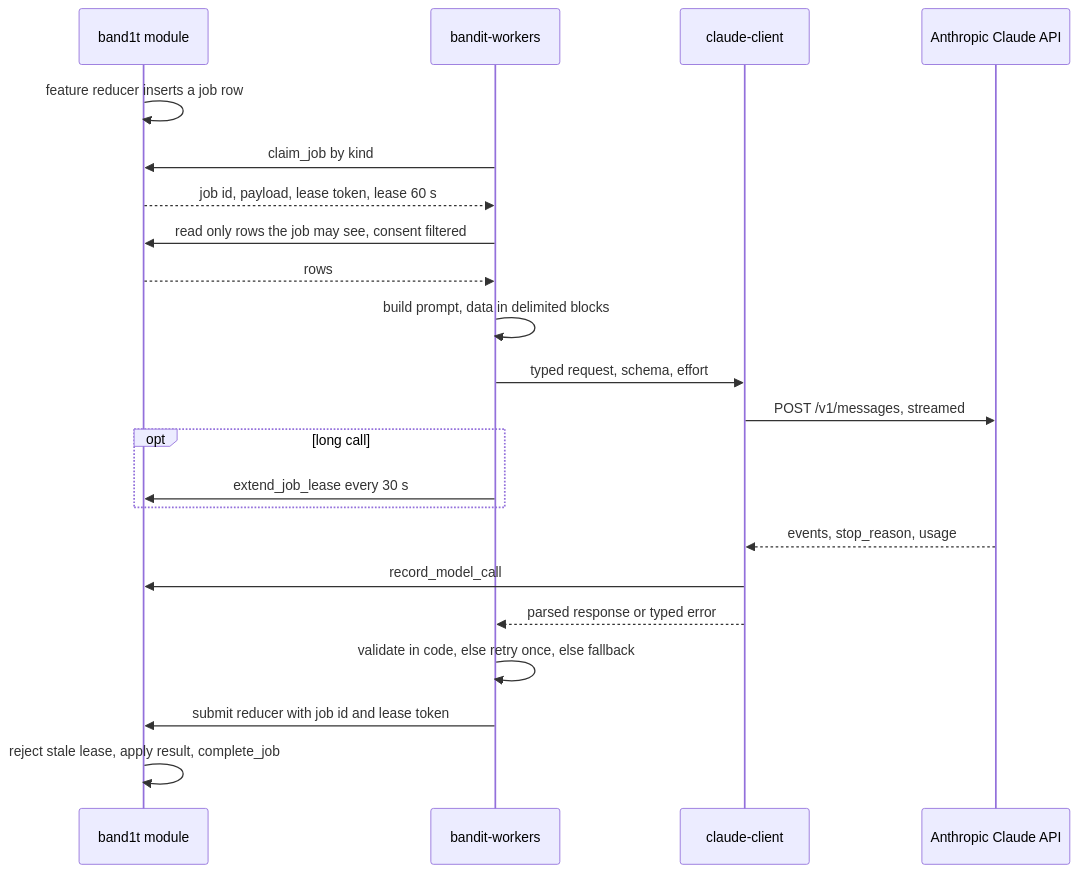
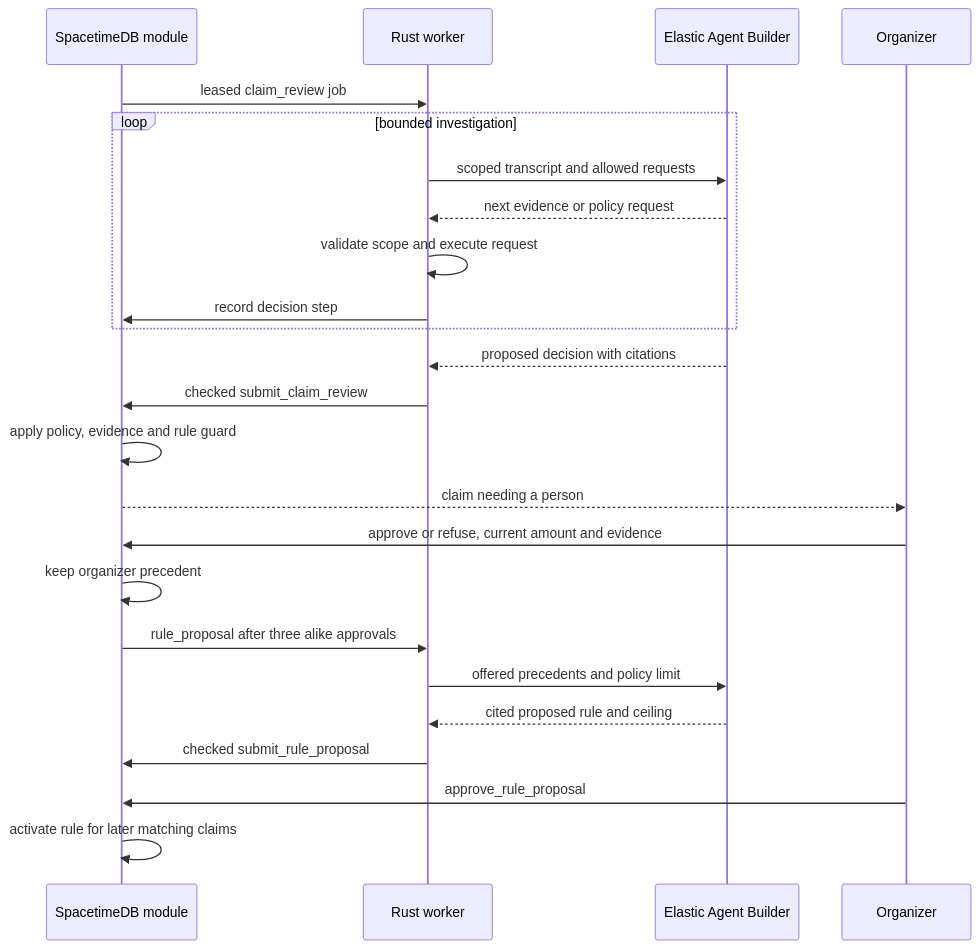
The diagram in System Design/7-integrations/Anthropic-Claude-API.md (viktorinkov/cal-hacks-13), drawn with Mermaid before and after one commit. The commit also changed other lines of this file and 50 other files, not shown here.

Commit message:
run worker model tasks through Elastic

````diff
--- a/System Design/7-integrations/Anthropic-Claude-API.md
+++ b/System Design/7-integrations/Anthropic-Claude-API.md
@@ -73,24 +46,26 @@
 ```mermaid
 sequenceDiagram
-    participant M as band1t module
-    participant W as bandit-workers
-    participant C as claude-client
-    participant A as Anthropic Claude API
-    M->>M: feature reducer inserts a job row
-    W->>M: claim_job by kind
-    M-->>W: job id, payload, lease token, lease 60 s
-    W->>M: read only rows the job may see, consent filtered
-    M-->>W: rows
-    W->>W: build prompt, data in delimited blocks
-    W->>C: typed request, schema, effort
-    C->>A: POST /v1/messages, streamed
-    opt long call
-        W->>M: extend_job_lease every 30 s
+    participant M as SpacetimeDB module
+    participant W as Rust worker
+    participant E as Elastic Agent Builder
+    participant O as Organizer
+    M->>W: leased claim_review job
+    loop bounded investigation
+        W->>E: scoped transcript and allowed requests
+        E-->>W: next evidence or policy request
+        W->>W: validate scope and execute request
+        W->>M: record decision step
     end
-    A-->>C: events, stop_reason, usage
-    C->>M: record_model_call
-    C-->>W: parsed response or typed error
-    W->>W: validate in code, else retry once, else fallback
-    W->>M: submit reducer with job id and lease token
-    M->>M: reject stale lease, apply result, complete_job
+    E-->>W: proposed decision with citations
+    W->>M: checked submit_claim_review
+    M->>M: apply policy, evidence and rule guard
+    M-->>O: claim needing a person
+    O->>M: approve or refuse, current amount and evidence
+    M->>M: keep organizer precedent
+    M->>W: rule_proposal after three alike approvals
+    W->>E: offered precedents and policy limit
+    E-->>W: cited proposed rule and ceiling
+    W->>M: checked submit_rule_proposal
+    O->>M: approve_rule_proposal
+    M->>M: activate rule for later matching claims
 ```
````
